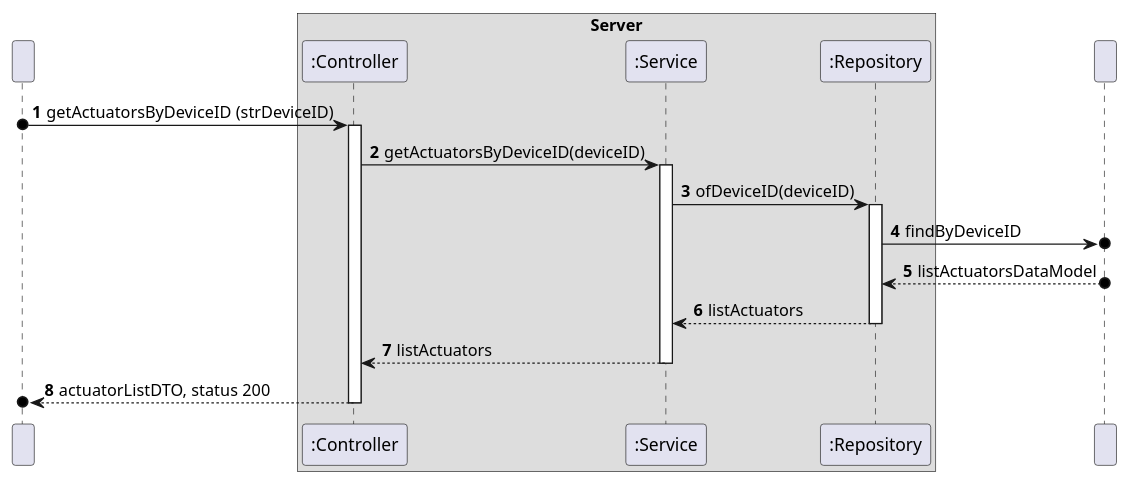
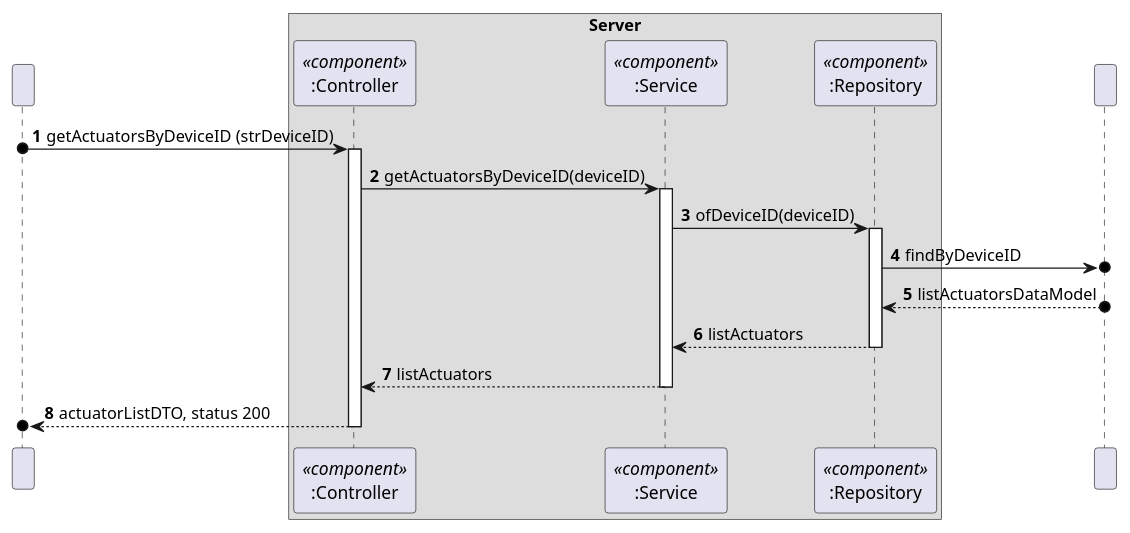
One commit to moutajDev/smarthome changed the diagram in docs/C4_4plus1_models/Level4/ProcessView/ProcessViewLevel4_UC15.puml. Above: the diagram before and after it, drawn with PlantUML. The commit also changed 46 other files, not shown here.

```diff
--- a/docs/C4_4plus1_models/Level4/ProcessView/ProcessViewLevel4_UC15.puml
+++ b/docs/C4_4plus1_models/Level4/ProcessView/ProcessViewLevel4_UC15.puml
@@ -1,40 +1,40 @@
 @startuml
 'https://plantuml.com/sequence-diagram
 !pragma layout smetana
 autonumber
 
 participant " " as HTTP
 
 box "Server"
-participant Controller as ":Controller"
-participant Service as ":Service"
-participant Repository as ":Repository"
+participant Controller as ":Controller"<<component>>
+participant Service as ":Service"<<component>>
+participant Repository as ":Repository"<<component>>
 end box
 participant DataBase as " "
 
 HTTP o-> Controller: getActuatorsByDeviceID (strDeviceID)
 activate Controller
 
 Controller -> Service : getActuatorsByDeviceID(deviceID)
 activate Service
 
 Service -> Repository: ofDeviceID(deviceID)
 activate Repository
 
 Repository ->o DataBase: findByDeviceID
 
 DataBase o--> Repository: listActuatorsDataModel
 
 Repository --> Service: listActuators
 deactivate Repository
 
 Service --> Controller: listActuators
 deactivate Service
 
 Controller -->o HTTP: actuatorListDTO, status 200
 deactivate Controller
 
 
 
 
 @enduml
```
